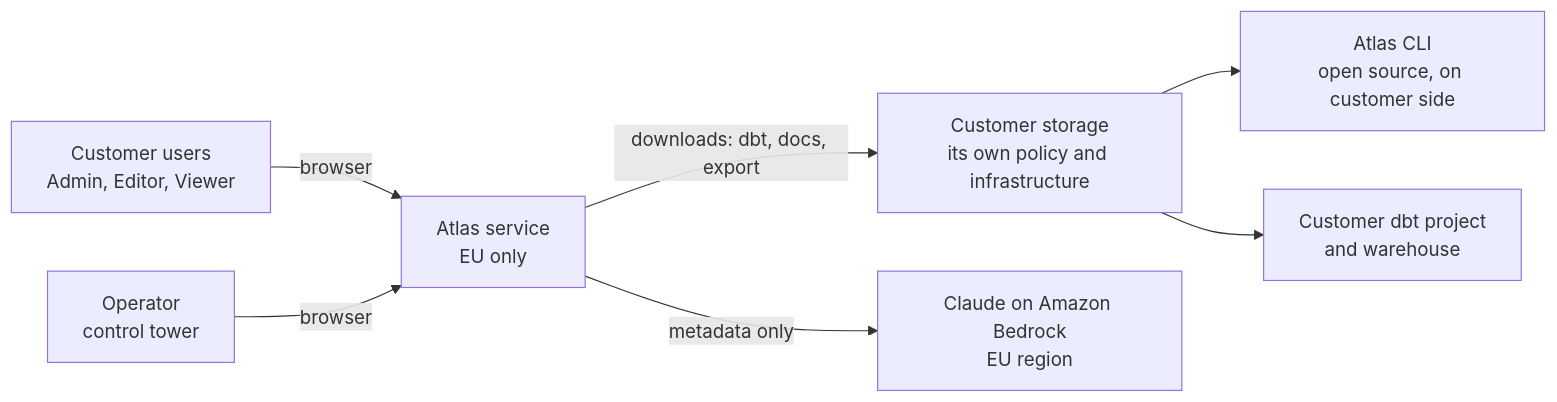
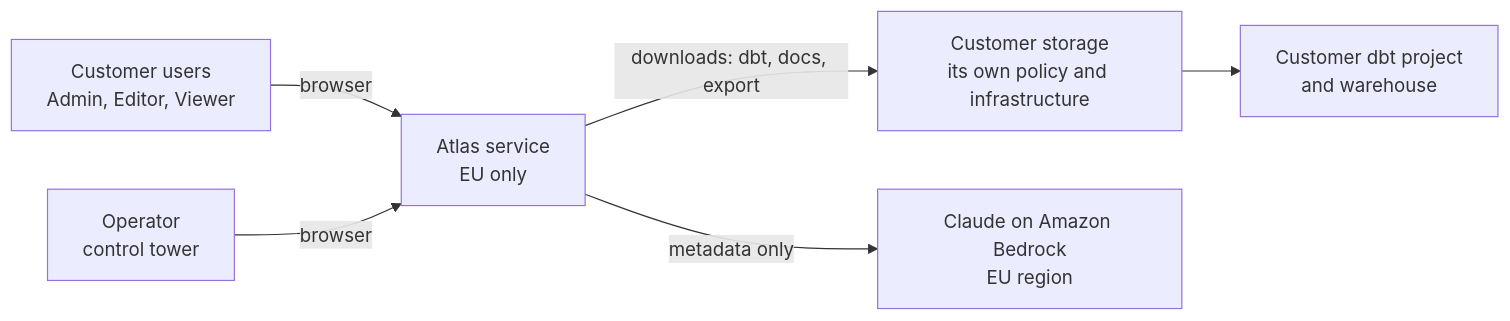
Before and after one commit to CorentinHmn/Abyss-Atlas: the first of 4 diagrams in docs/04-architecture.md, drawn with Mermaid. The commit also changed other lines of this file and 20 other files, not shown here.

First line of the commit message:
docs: Atlas is proprietary; the CLI is an internal tool (ADR 0009)

````diff
--- a/docs/04-architecture.md
+++ b/docs/04-architecture.md
@@ -22,10 +23,9 @@
 ```mermaid
 flowchart LR
   user[Customer users<br/>Admin, Editor, Viewer] -->|browser| atlas
   operator[Operator<br/>control tower] -->|browser| atlas
   atlas[Atlas service<br/>EU only]
   atlas -->|downloads: dbt, docs, export| store[Customer storage<br/>its own policy and infrastructure]
-  store --> cli[Atlas CLI<br/>open source, on customer side]
   atlas -->|metadata only| ai[Claude on Amazon Bedrock<br/>EU region]
   store --> dbt[Customer dbt project<br/>and warehouse]
 ```
````
